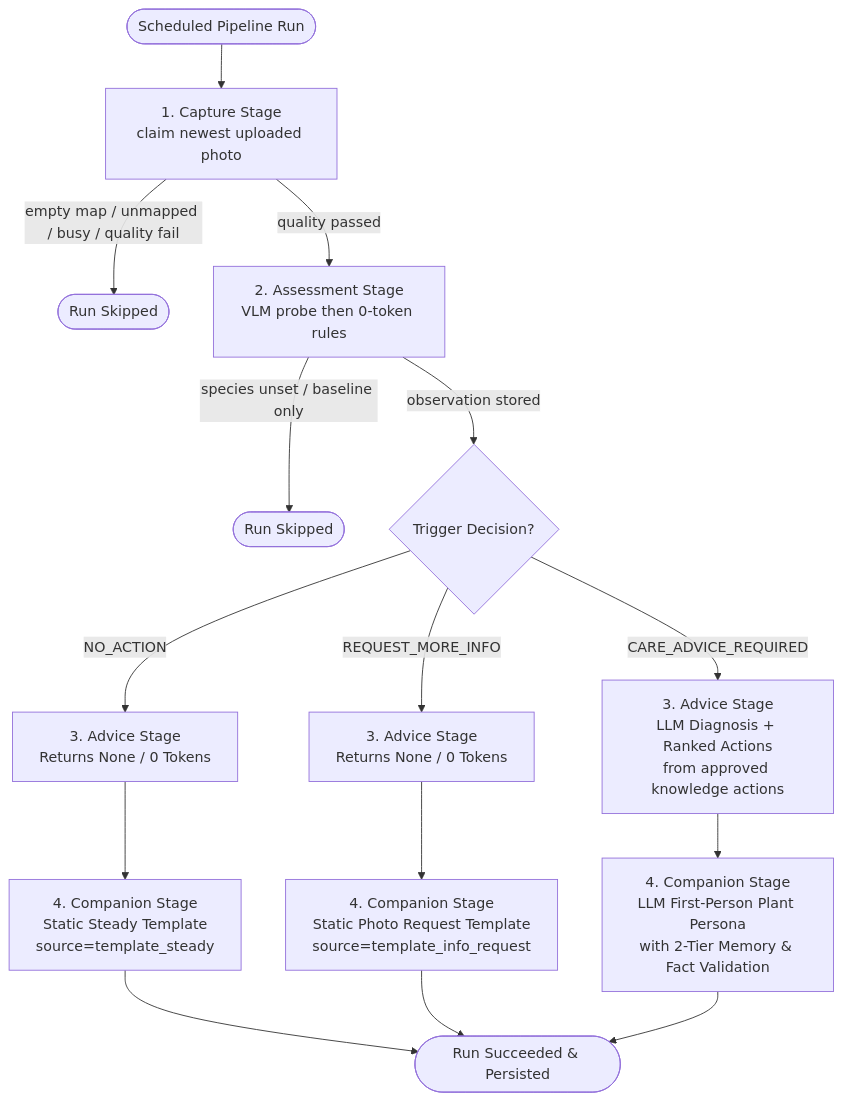
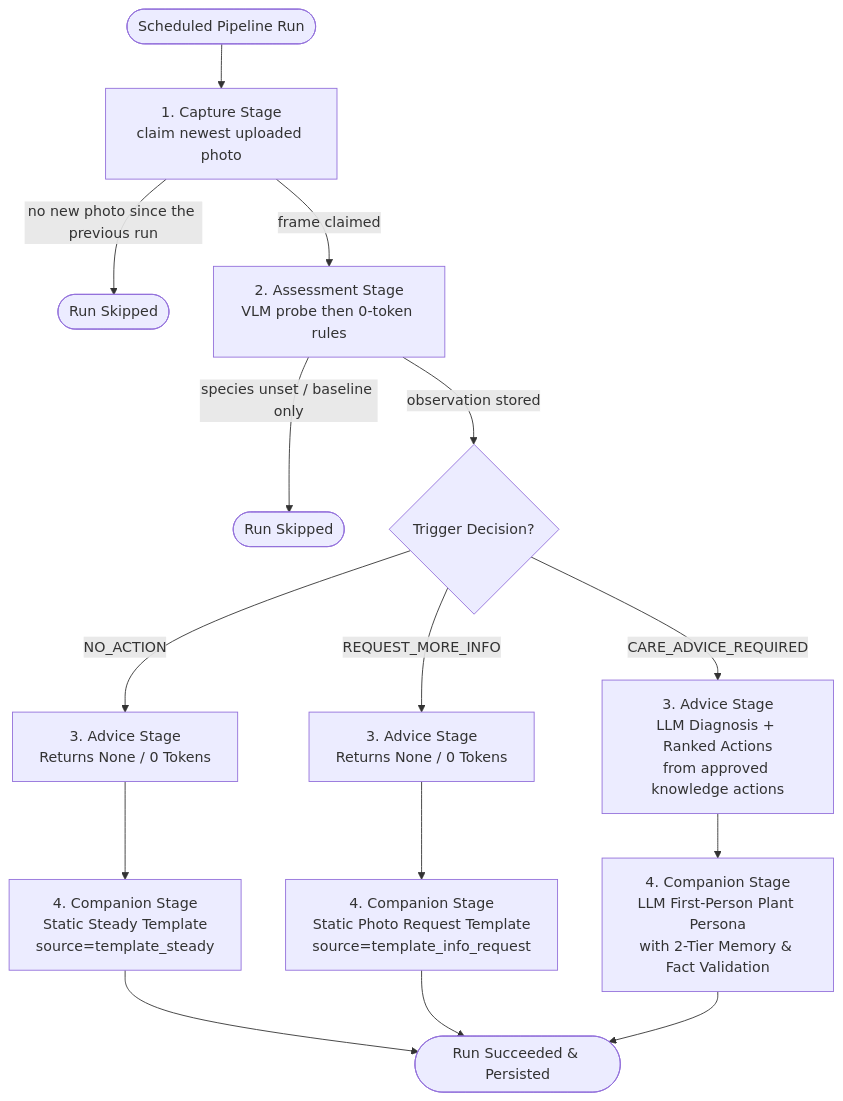
Before and after one commit to WaritD35/server: the diagram in docs/specification.md, drawn with Mermaid. The commit also changed other lines of this file and 39 other files, not shown here.

````diff
--- a/docs/specification.md
+++ b/docs/specification.md
@@ -251,21 +347,21 @@
 ```mermaid
 flowchart TD
     Start([Scheduled Pipeline Run]) --> Capture[1. Capture Stage\nclaim newest uploaded photo]
-    Capture -->|empty map / unmapped / busy / quality fail| CapSkip([Run Skipped])
-    Capture -->|quality passed| Assessment[2. Assessment Stage\nVLM probe then 0-token rules]
+    Capture -->|no new photo since the previous run| CapSkip([Run Skipped])
+    Capture -->|frame claimed| Assessment[2. Assessment Stage\nVLM probe then 0-token rules]
     Assessment -->|species unset / baseline only| AssessSkip([Run Skipped])
     Assessment -->|observation stored| DecisionCheck{Trigger Decision?}
 
     DecisionCheck -->|NO_ACTION| AdvNone1[3. Advice Stage\nReturns None / 0 Tokens]
     AdvNone1 --> CompSteady[4. Companion Stage\nStatic Steady Template\nsource=template_steady]
 
     DecisionCheck -->|REQUEST_MORE_INFO| AdvNone2[3. Advice Stage\nReturns None / 0 Tokens]
     AdvNone2 --> CompInfo[4. Companion Stage\nStatic Photo Request Template\nsource=template_info_request]
 
     DecisionCheck -->|CARE_ADVICE_REQUIRED| AdvGen[3. Advice Stage\nLLM Diagnosis + Ranked Actions\nfrom approved knowledge actions]
     AdvGen --> CompLLM[4. Companion Stage\nLLM First-Person Plant Persona\nwith 2-Tier Memory & Fact Validation]
 
     CompSteady --> Finish([Run Succeeded & Persisted])
     CompInfo --> Finish
     CompLLM --> Finish
 ```
````
